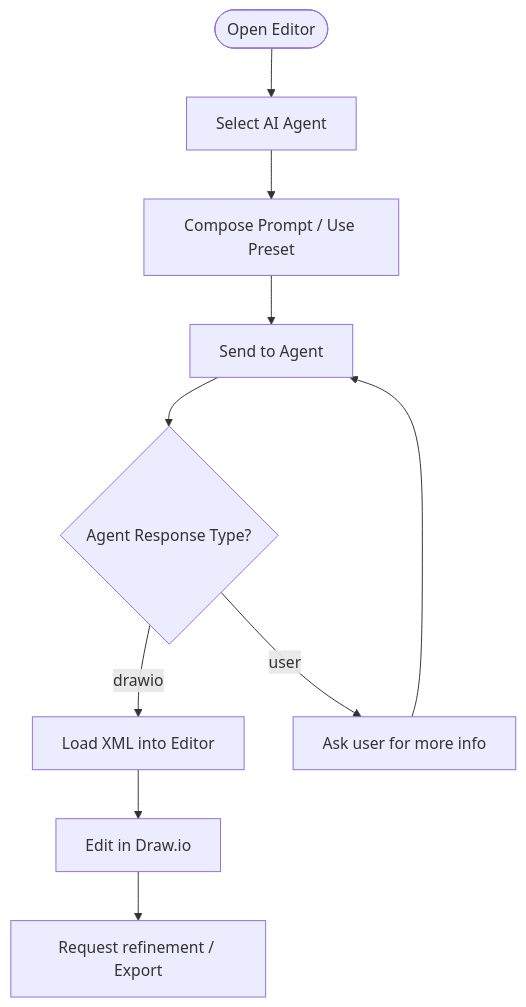
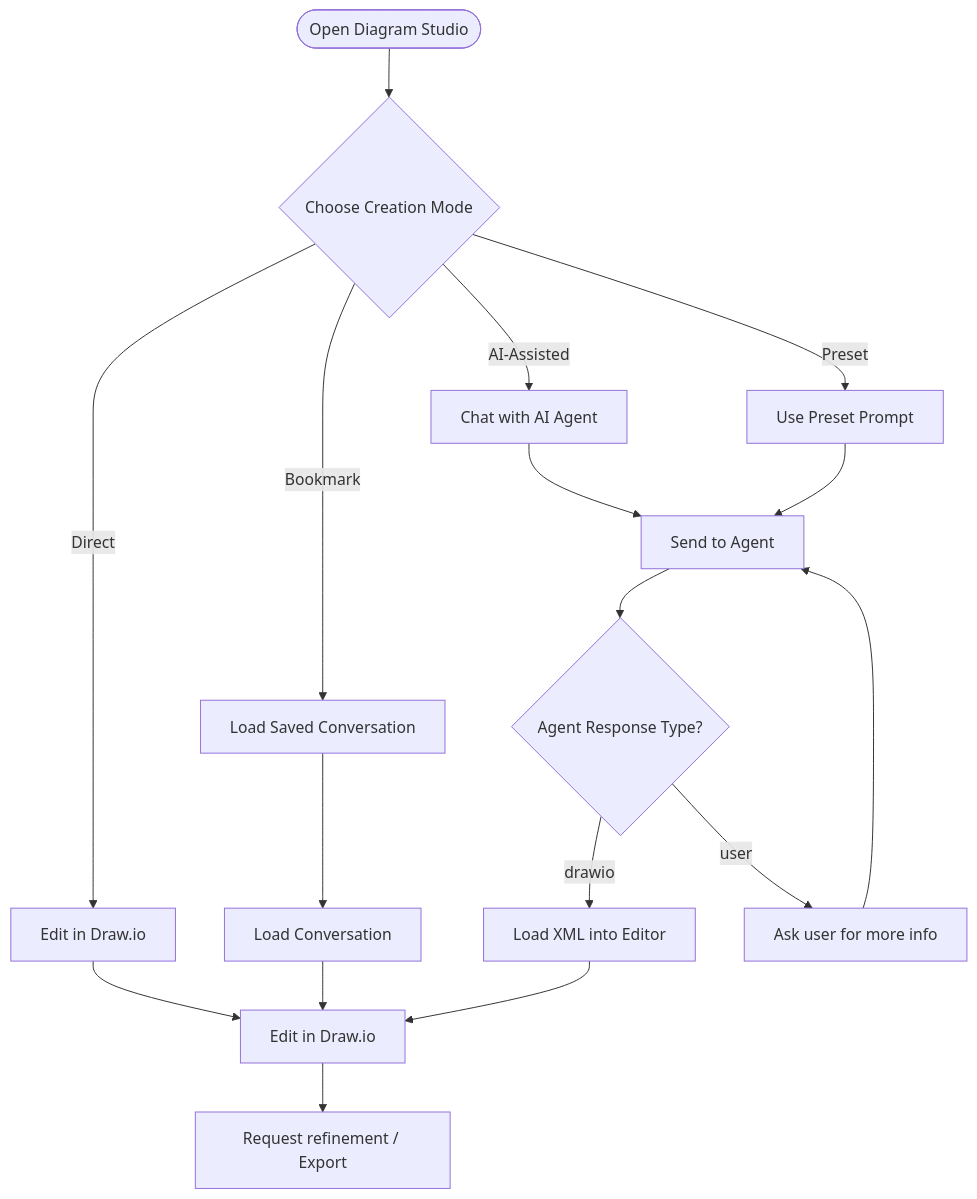
One commit to shrekboss/agent-draw-io-front changed the ninth of 15 diagrams in .qoder/repowiki/en/content/Diagram Editor.md. Above: the diagram before and after it, drawn with Mermaid. The commit also changed other lines of this file and 13 other files, not shown here.

Commit message:
feat(agent-draw-io-front): 优化交互式画图

````diff
--- a/.qoder/repowiki/en/content/Diagram Editor.md
+++ b/.qoder/repowiki/en/content/Diagram Editor.md
@@ -209,12 +463,19 @@
 ```mermaid
 flowchart TD
-Start(["Open Editor"]) --> SelectAgent["Select AI Agent"]
-SelectAgent --> Prompt["Compose Prompt / Use Preset"]
-Prompt --> Send["Send to Agent"]
+Start(["Open Diagram Studio"]) --> Mode{"Choose Creation Mode"}
+Mode --> |Direct| DirectEdit["Edit in Draw.io"]
+Mode --> |AI-Assisted| ChatFlow["Chat with AI Agent"]
+Mode --> |Preset| PresetFlow["Use Preset Prompt"]
+Mode --> |Bookmark| BookmarkFlow["Load Saved Conversation"]
+DirectEdit --> Edit["Edit in Draw.io"]
+ChatFlow --> Send["Send to Agent"]
+PresetFlow --> Send
+BookmarkFlow --> LoadConv["Load Conversation"]
+LoadConv --> Edit
 Send --> Response{"Agent Response Type?"}
 Response --> |drawio| LoadXML["Load XML into Editor"]
 Response --> |user| Clarify["Ask user for more info"]
-LoadXML --> Edit["Edit in Draw.io"]
+LoadXML --> Edit
 Clarify --> Send
 Edit --> Refine["Request refinement / Export"]
 ```
````
